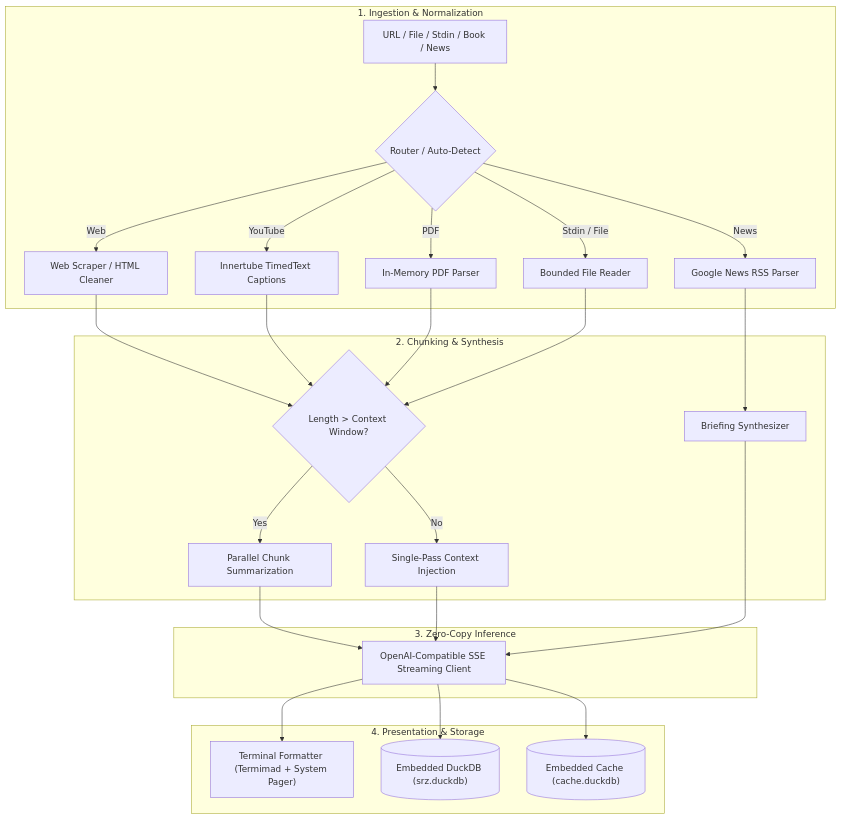
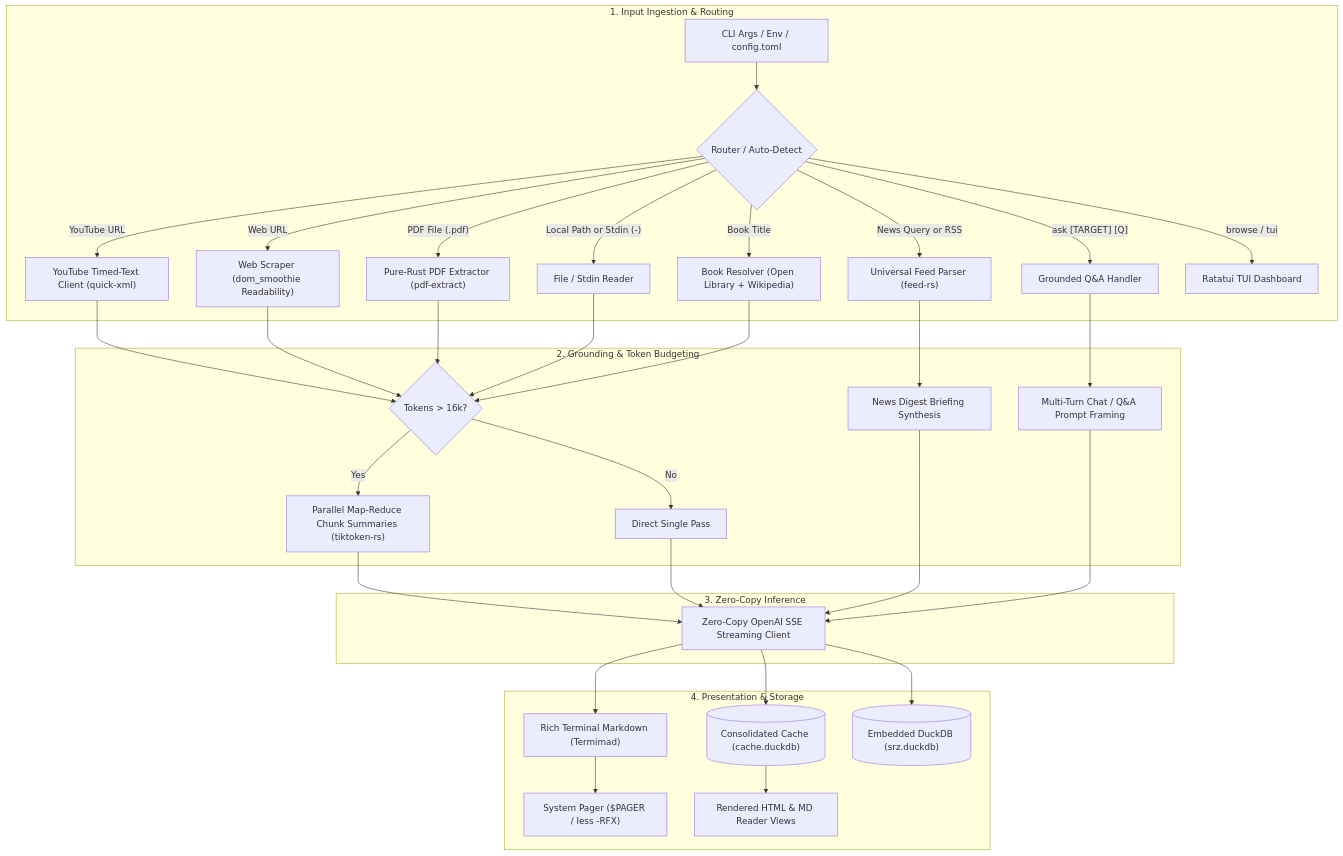
The first of 2 diagrams in book/src/architecture.md (NewGuy012/srz), drawn with Mermaid before and after one commit. The commit also changed other lines of this file and 8 other files, not shown here.

````diff
--- a/book/src/architecture.md
+++ b/book/src/architecture.md
@@ -24,34 +28,41 @@
 ```mermaid
 flowchart TD
-    subgraph Ingestion["1. Ingestion & Normalization"]
-        Input["URL / File / Stdin / Book / News"] --> Detect{"Router / Auto-Detect"}
-        Detect -->|"Web"| Scraper["Web Scraper / HTML Cleaner"]
-        Detect -->|"YouTube"| YT["Innertube TimedText Captions"]
-        Detect -->|"PDF"| PDF["In-Memory PDF Parser"]
-        Detect -->|"Stdin / File"| File["Bounded File Reader"]
-        Detect -->|"News"| RSS["Google News RSS Parser"]
+    subgraph Inputs["1. Input Ingestion & Routing"]
+        CLI["CLI Args / Env / config.toml"] --> Router{"Router / Auto-Detect"}
+        Router -->|"YouTube URL"| YTFlow["YouTube Timed-Text Client (quick-xml)"]
+        Router -->|"Web URL"| WebFlow["Web Scraper (dom_smoothie Readability)"]
+        Router -->|"PDF File (.pdf)"| PDFFlow["Pure-Rust PDF Extractor (pdf-extract)"]
+        Router -->|"Local Path or Stdin (-)"| FileFlow["File / Stdin Reader"]
+        Router -->|"Book Title"| BookFlow["Book Resolver (Open Library + Wikipedia)"]
+        Router -->|"News Query or RSS"| NewsFlow["Universal Feed Parser (feed-rs)"]
+        Router -->|"ask [TARGET] [Q]"| AskFlow["Grounded Q&A Handler"]
+        Router -->|"browse / tui"| TuiFlow["Ratatui TUI Dashboard"]
     end
 
-    subgraph Processing["2. Chunking & Synthesis"]
-        Scraper --> ChunkCheck{"Length > Context Window?"}
-        YT --> ChunkCheck
-        PDF --> ChunkCheck
-        File --> ChunkCheck
-        RSS --> Synthesis["Briefing Synthesizer"]
-        
-        ChunkCheck -->|"Yes"| MapReduce["Parallel Chunk Summarization"]
-        ChunkCheck -->|"No"| Direct["Single-Pass Context Injection"]
+    subgraph Grounding["2. Grounding & Token Budgeting"]
+        YTFlow --> Chunker{"Tokens > 16k?"}
+        WebFlow --> Chunker
+        PDFFlow --> Chunker
+        FileFlow --> Chunker
+        BookFlow --> Chunker
+        AskFlow --> MultiTurn["Multi-Turn Chat / Q&A Prompt Framing"]
+        Chunker -->|"Yes"| MapReduce["Parallel Map-Reduce Chunk Summaries (tiktoken-rs)"]
+        Chunker -->|"No"| SinglePass["Direct Single Pass"]
+        NewsFlow --> NewsDigest["News Digest Briefing Synthesis"]
     end
 
-    subgraph Streaming["3. Zero-Copy Inference"]
-        MapReduce --> SSE["OpenAI-Compatible SSE Streaming Client"]
-        Direct --> SSE
-        Synthesis --> SSE
+    subgraph Inference["3. Zero-Copy Inference"]
+        MapReduce --> SSE["Zero-Copy OpenAI SSE Streaming Client"]
+        SinglePass --> SSE
+        NewsDigest --> SSE
+        MultiTurn --> SSE
     end
 
-    subgraph Output["4. Presentation & Storage"]
-        SSE --> Terminal["Terminal Formatter (Termimad + System Pager)"]
-        SSE --> DuckDB[("Embedded DuckDB (srz.duckdb)")]
-        SSE --> Cache[("Embedded Cache (cache.duckdb)")]
+    subgraph Presentation["4. Presentation & Storage"]
+        SSE --> TermMarkdown["Rich Terminal Markdown (Termimad)"]
+        TermMarkdown --> Pager["System Pager ($PAGER / less -RFX)"]
+        SSE --> CacheStore[("Consolidated Cache (cache.duckdb)")]
+        SSE --> DuckDBStore[("Embedded DuckDB (srz.duckdb)")]
+        CacheStore --> Views["Rendered HTML & MD Reader Views"]
     end
 ```
````
